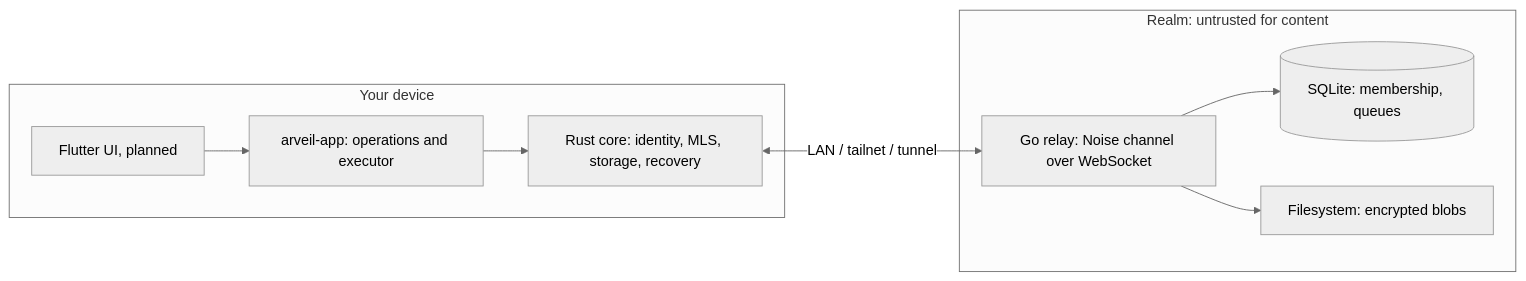
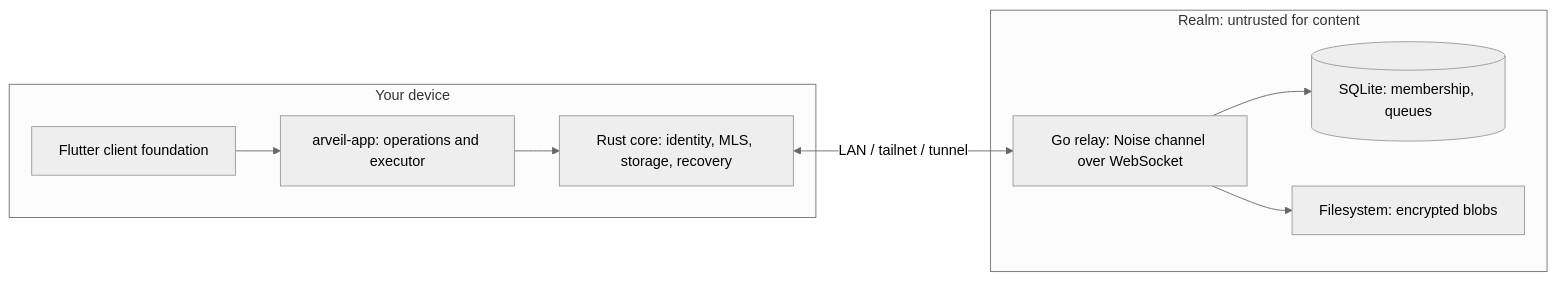
One commit to Ulzuhan/arveil changed the diagram in README.md. Above: the diagram before and after it, drawn with Mermaid (neutral theme). The commit also changed other lines of this file and 37 other files, not shown here.

````diff
--- a/README.md
+++ b/README.md
@@ -28,13 +46,13 @@
 ```mermaid
 flowchart LR
   subgraph Device[Your device]
-    UI[Flutter UI, planned] --> App[arveil-app: operations and executor]
+    UI[Flutter client foundation] --> App[arveil-app: operations and executor]
     App --> Core[Rust core: identity, MLS, storage, recovery]
   end
   subgraph Realm[Realm: untrusted for content]
     Relay[Go relay: Noise channel over WebSocket]
     Relay --> DB[(SQLite: membership, queues)]
     Relay --> FS[Filesystem: encrypted blobs]
   end
   Core <-->|LAN / tailnet / tunnel| Relay
 ```
````
